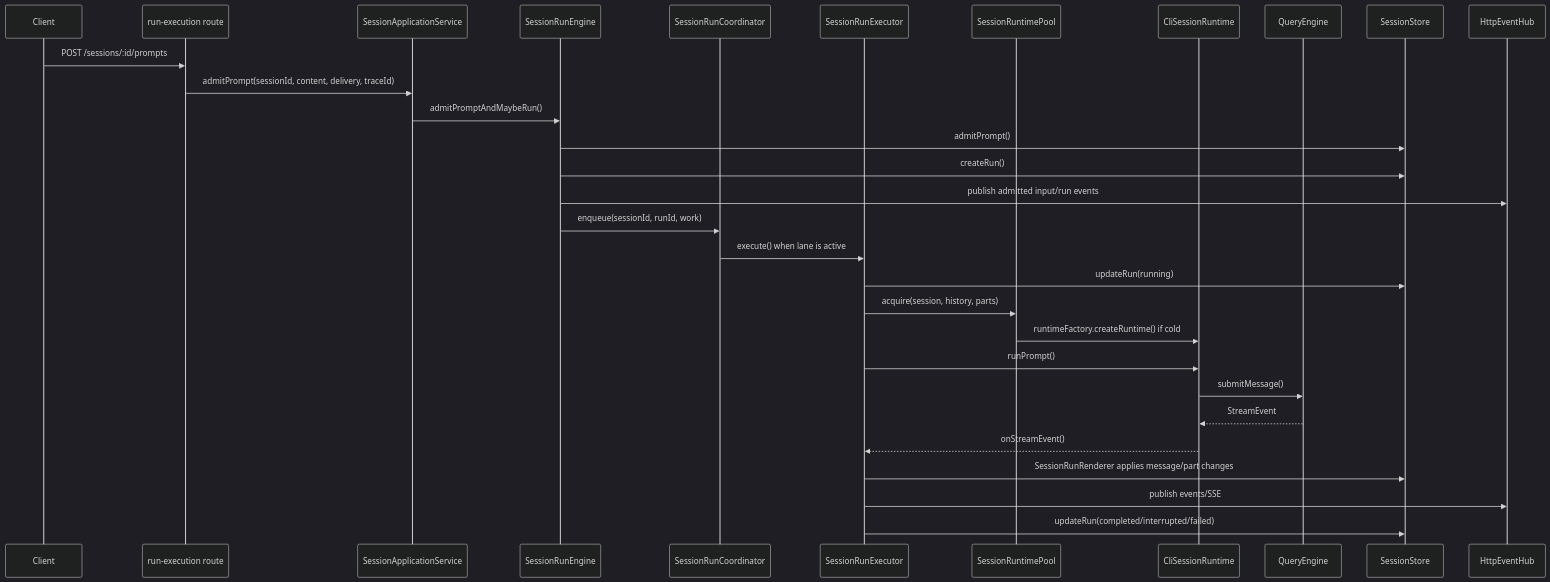
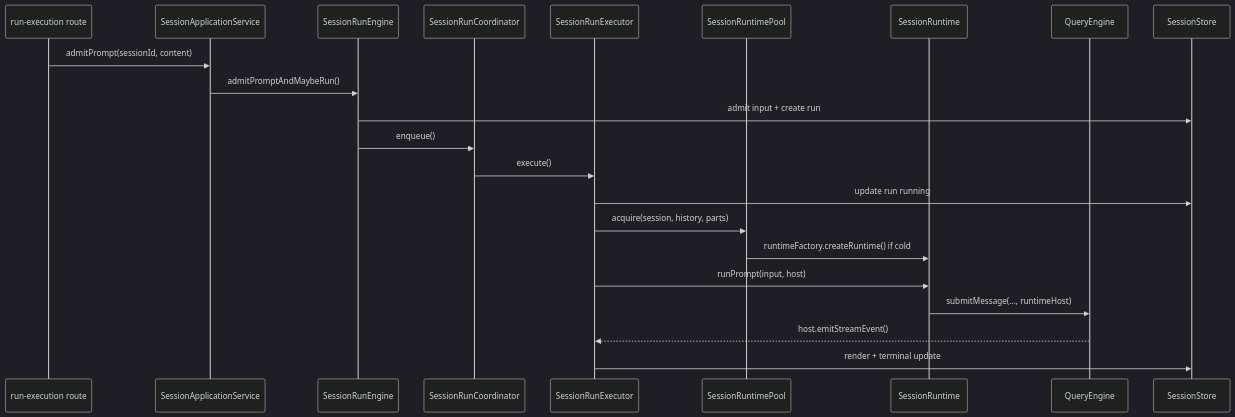
One commit to rzx007/openharness-ts changed the diagram in docs/daemon-runtime-code-guide.md. Above: the diagram before and after it, drawn with Mermaid (dark theme). The commit also changed other lines of this file and 8 other files, not shown here.

First line of the commit message:
docs: 记录 RuntimeHostPort 设计并同步 daemon 运行时文档

````diff
--- a/docs/daemon-runtime-code-guide.md
+++ b/docs/daemon-runtime-code-guide.md
@@ -253,33 +56,25 @@
 ```mermaid
 sequenceDiagram
-  participant C as Client
-  participant R as run-execution route
-  participant A as SessionApplicationService
-  participant E as SessionRunEngine
-  participant L as SessionRunCoordinator
-  participant X as SessionRunExecutor
-  participant P as SessionRuntimePool
-  participant RT as CliSessionRuntime
+  participant Route as run-execution route
+  participant App as SessionApplicationService
+  participant Engine as SessionRunEngine
+  participant Lane as SessionRunCoordinator
+  participant Exec as SessionRunExecutor
+  participant Pool as SessionRuntimePool
+  participant RT as SessionRuntime
   participant QE as QueryEngine
-  participant S as SessionStore
-  participant H as HttpEventHub
+  participant Store as SessionStore
 
-  C->>R: POST /sessions/:id/prompts
-  R->>A: admitPrompt(sessionId, content, delivery, traceId)
-  A->>E: admitPromptAndMaybeRun()
-  E->>S: admitPrompt()
-  E->>S: createRun()
-  E->>H: publish admitted input/run events
-  E->>L: enqueue(sessionId, runId, work)
-  L->>X: execute() when lane is active
-  X->>S: updateRun(running)
-  X->>P: acquire(session, history, parts)
-  P->>RT: runtimeFactory.createRuntime() if cold
-  X->>RT: runPrompt()
-  RT->>QE: submitMessage()
-  QE-->>RT: StreamEvent
-  RT-->>X: onStreamEvent()
-  X->>S: SessionRunRenderer applies message/part changes
-  X->>H: publish events/SSE
-  X->>S: updateRun(completed/interrupted/failed)
+  Route->>App: admitPrompt(sessionId, content)
+  App->>Engine: admitPromptAndMaybeRun()
+  Engine->>Store: admit input + create run
+  Engine->>Lane: enqueue()
+  Lane->>Exec: execute()
+  Exec->>Store: update run running
+  Exec->>Pool: acquire(session, history, parts)
+  Pool->>RT: runtimeFactory.createRuntime() if cold
+  Exec->>RT: runPrompt(input, host)
+  RT->>QE: submitMessage(..., runtimeHost)
+  QE-->>Exec: host.emitStreamEvent()
+  Exec->>Store: render + terminal update
 ```
````
